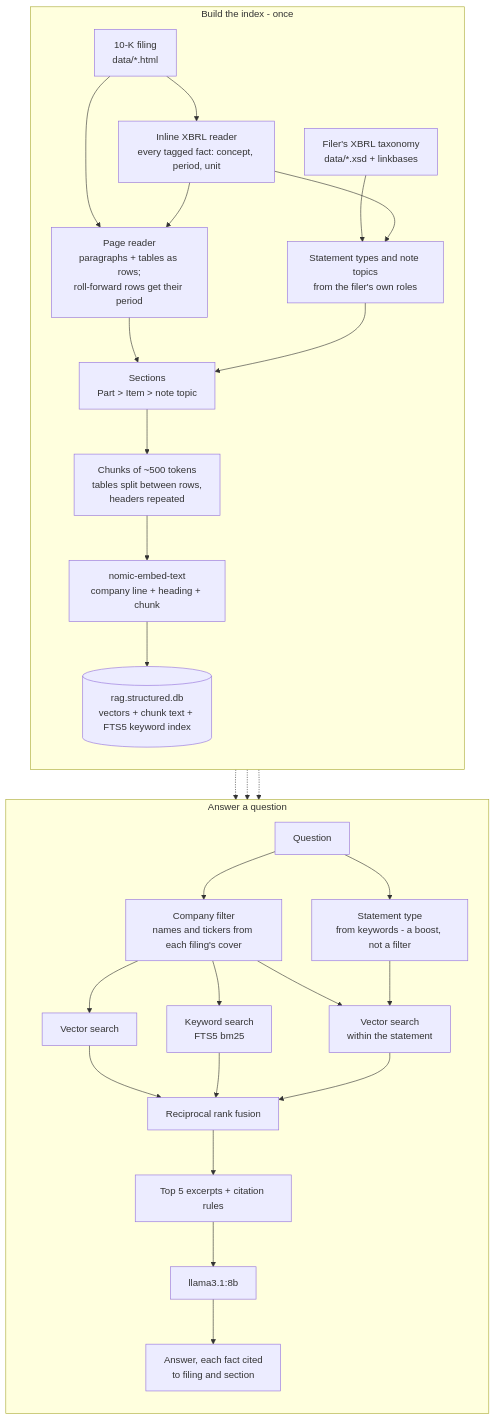
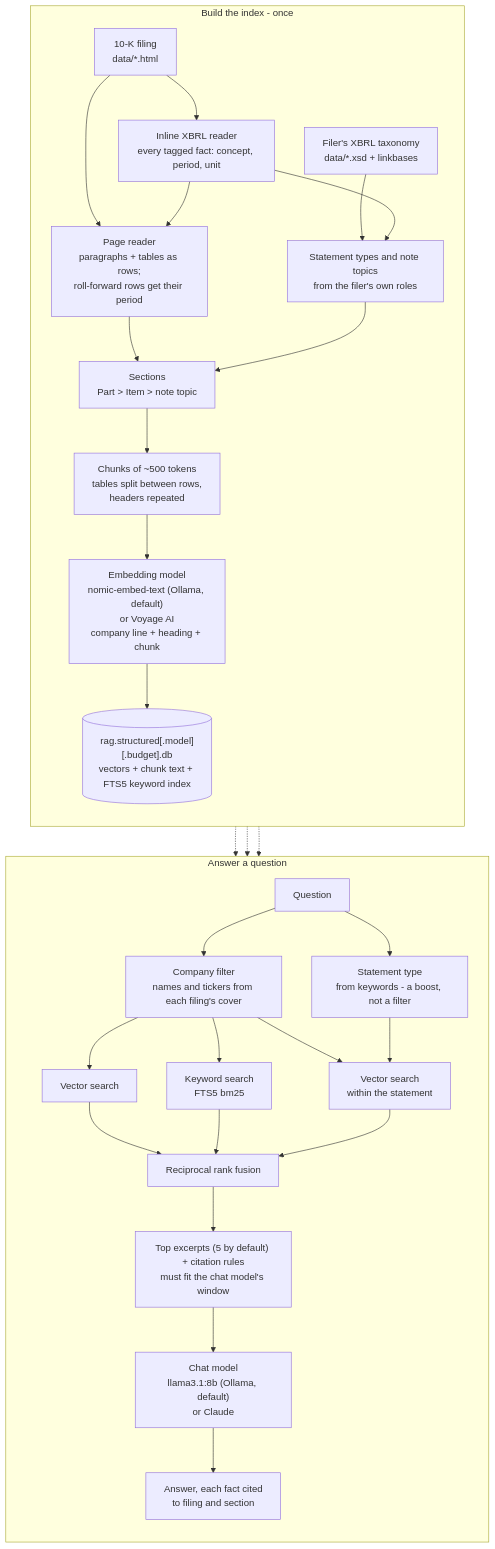
Before and after one commit to DNikolina/RagFilingExplorer: the diagram in README.md, drawn with Mermaid. The commit also changed other lines of this file and 3 other files, not shown here.

First line of the commit message:
README: current results, providers in the flow, plain key setup

````diff
--- a/README.md
+++ b/README.md
@@ -84,57 +98,57 @@
 ```mermaid
 flowchart TB
     subgraph build["Build the index - once"]
         direction TB
         html["10-K filing<br/>data/*.html"]
         xsd["Filer's XBRL taxonomy<br/>data/*.xsd + linkbases"]
         xbrl["Inline XBRL reader<br/>every tagged fact: concept, period, unit"]
         labels["Statement types and note topics<br/>from the filer's own roles"]
         blocks["Page reader<br/>paragraphs + tables as rows;<br/>roll-forward rows get their period"]
         sections["Sections<br/>Part > Item > note topic"]
         chunks["Chunks of ~500 tokens<br/>tables split between rows,<br/>headers repeated"]
-        embed["nomic-embed-text<br/>company line + heading + chunk"]
-        db[("rag.structured.db<br/>vectors + chunk text + FTS5 keyword index")]
+        embed["Embedding model<br/>nomic-embed-text (Ollama, default)<br/>or Voyage AI<br/>company line + heading + chunk"]
+        db[("rag.structured[.model][.budget].db<br/>vectors + chunk text + FTS5 keyword index")]
 
         html --> xbrl
         html --> blocks
         xsd --> labels
         xbrl --> labels
         xbrl --> blocks
         blocks --> sections
         labels --> sections
         sections --> chunks
         chunks --> embed
         embed --> db
     end
 
     subgraph ask["Answer a question"]
         direction TB
         q["Question"]
         company["Company filter<br/>names and tickers from each filing's cover"]
         statement["Statement type<br/>from keywords - a boost, not a filter"]
         vec["Vector search"]
         kw["Keyword search<br/>FTS5 bm25"]
         vecst["Vector search<br/>within the statement"]
         fuse["Reciprocal rank fusion"]
-        prompt["Top 5 excerpts + citation rules"]
-        llm["llama3.1:8b"]
+        prompt["Top excerpts (5 by default) + citation rules<br/>must fit the chat model's window"]
+        llm["Chat model<br/>llama3.1:8b (Ollama, default)<br/>or Claude"]
         answer["Answer, each fact cited<br/>to filing and section"]
 
         q --> company
         q --> statement
         company --> vec
         company --> kw
         company --> vecst
         statement --> vecst
         vec --> fuse
         kw --> fuse
         vecst --> fuse
         fuse --> prompt
         prompt --> llm
         llm --> answer
     end
 
     db -.-> vec
     db -.-> kw
     db -.-> vecst
 ```
````
